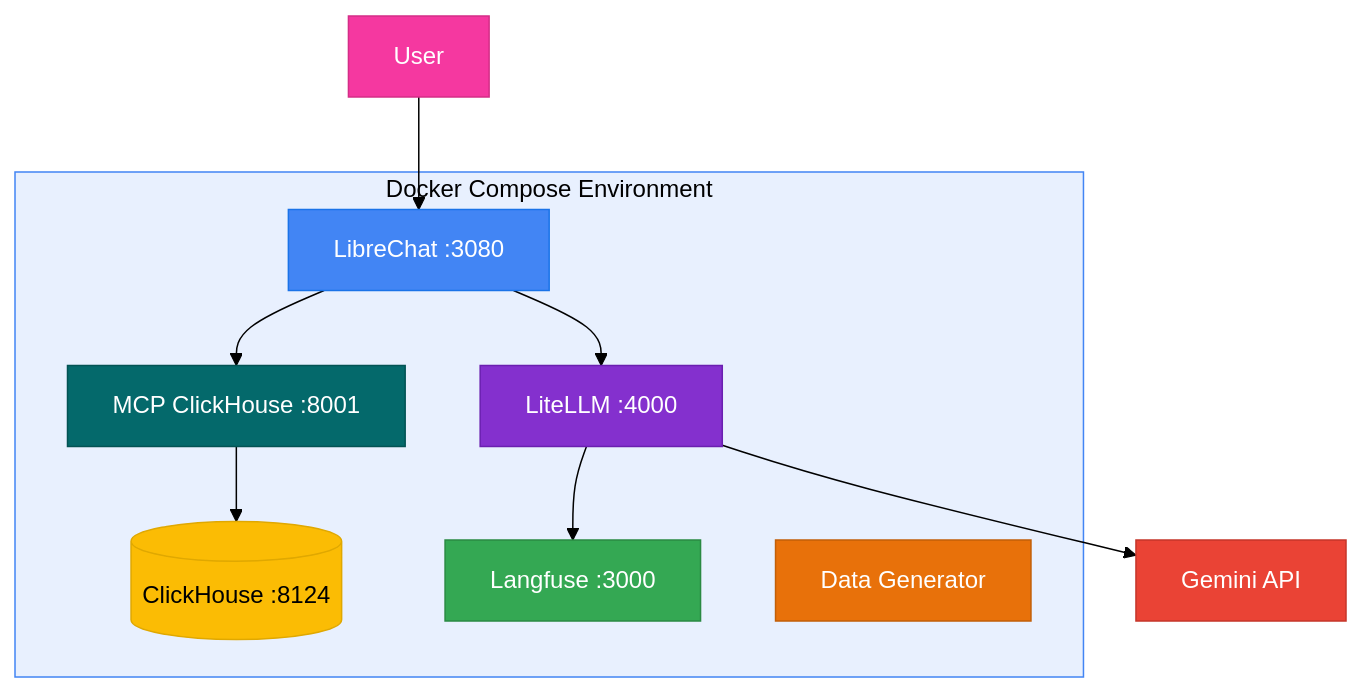
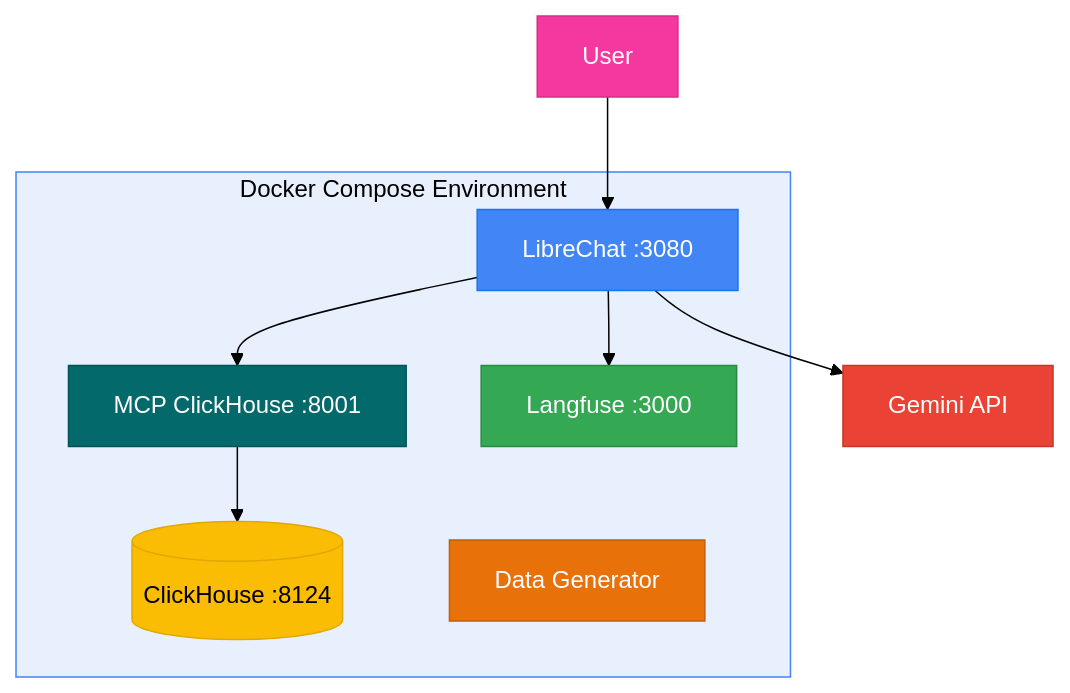
The first of 4 diagrams in agent_stack_builds/telco_marketing/README.md (ClickHouse/ClickHouse_Demos), drawn with Mermaid (forest theme) before and after one commit. The commit also changed other lines of this file and 13 other files, not shown here.

First line of the commit message:
refactor(telco_marketing): drop LiteLLM, native Langfuse, vectorized data generator

````diff
--- a/agent_stack_builds/telco_marketing/README.md
+++ b/agent_stack_builds/telco_marketing/README.md
@@ -99,27 +98,24 @@
 ```mermaid
 flowchart TB
     subgraph Docker["Docker Compose Environment"]
         LC[LibreChat :3080]
-        LITE[LiteLLM :4000]
         MCP[MCP ClickHouse :8001]
         CH[(ClickHouse :8124)]
         LF[Langfuse :3000]
         DG[Data Generator]
-        LC --> LITE
-        LITE --> LF
+        LC --> LF
         LC --> MCP
         MCP --> CH
     end
-    LITE --> GEMINI[Gemini API]
+    LC --> GEMINI[Gemini API]
     USER[User] --> LC
 
     style LC fill:#4285F4,stroke:#1a73e8,color:#fff
-    style LITE fill:#8430CE,stroke:#6a1fb0,color:#fff
     style MCP fill:#04696B,stroke:#035354,color:#fff
     style CH fill:#FBBC04,stroke:#e0a800,color:#000
     style LF fill:#34A853,stroke:#2a8a43,color:#fff
     style DG fill:#E8710A,stroke:#c25f08,color:#fff
     style GEMINI fill:#EA4335,stroke:#c5362a,color:#fff
     style USER fill:#F538A0,stroke:#d42e87,color:#fff
     style Docker fill:#e8f0fe,stroke:#4285F4,color:#000
 ```
````
